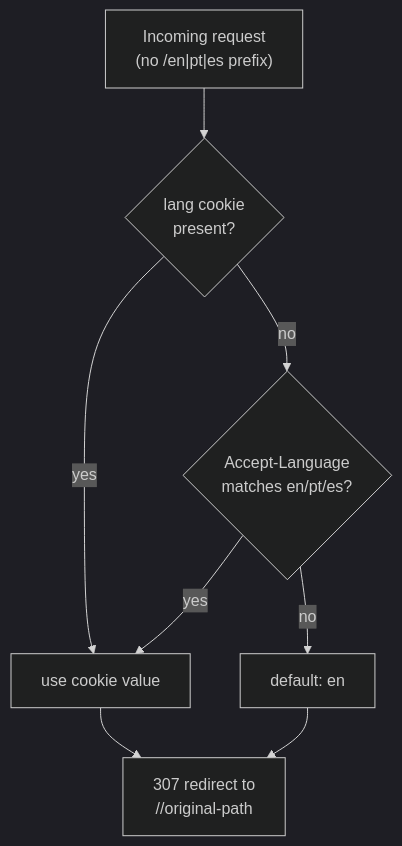
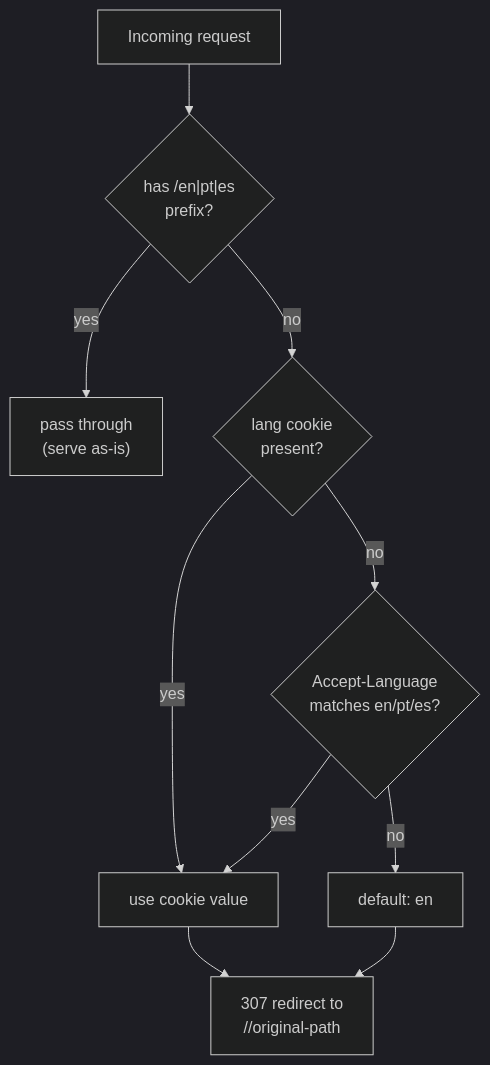
One commit to henriko202/glowing-octo-guide changed diagram 21 of 21 in docs/PLATFORM.md. Above: the diagram before and after it, drawn with Mermaid (dark theme). The commit also changed other lines of this file and 14 other files, not shown here.

````diff
--- a/docs/PLATFORM.md
+++ b/docs/PLATFORM.md
@@ -2480,10 +2484,12 @@
 ```mermaid
 flowchart TD
-    REQ["Incoming request\n(no /en|pt|es prefix)"] --> CK{"lang cookie\npresent?"}
+    REQ["Incoming request"] --> HAS{"has /en|pt|es\nprefix?"}
+    HAS -->|yes| PASS["pass through\n(serve as-is)"]
+    HAS -->|no| CK{"lang cookie\npresent?"}
     CK -->|yes| USE["use cookie value"]
     CK -->|no| AL{"Accept-Language\nmatches en/pt/es?"}
     AL -->|yes| USE
     AL -->|no| DEF["default: en"]
     USE --> REDIR["307 redirect to\n/<lang>/original-path"]
     DEF --> REDIR
 ```
````
